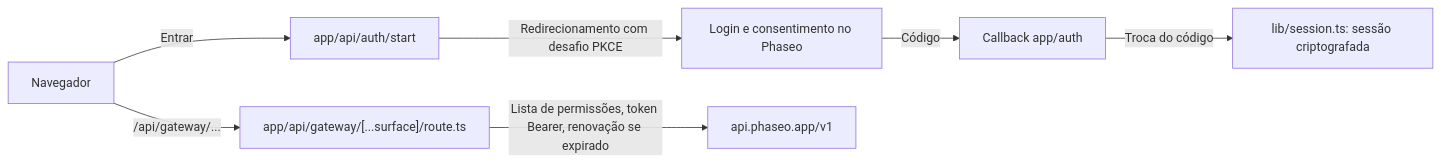
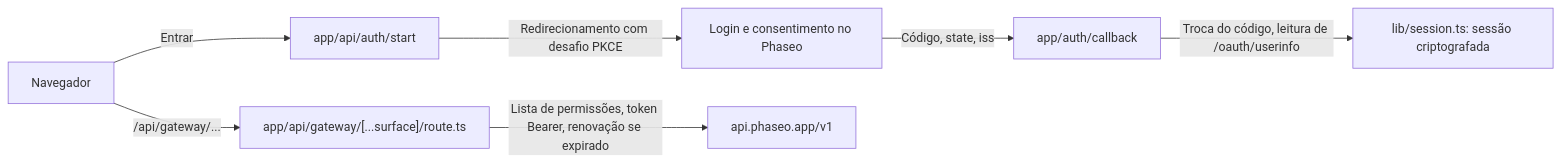
The diagram in apps/docs/pt-BR/v1/cookbook/build-an-oauth-nextjs-workbench.mdx (phaseoteam/Phaseo), drawn with Mermaid before and after one commit. The commit also changed other lines of this file and 9 other files, not shown here.

````diff
--- a/apps/docs/pt-BR/v1/cookbook/build-an-oauth-nextjs-workbench.mdx
+++ b/apps/docs/pt-BR/v1/cookbook/build-an-oauth-nextjs-workbench.mdx
@@ -45,9 +45,9 @@
 ```mermaid
 flowchart LR
   browser["Navegador"] -->|"Entrar"| start["app/api/auth/start"]
   start -->|"Redirecionamento com desafio PKCE"| authz["Login e consentimento no Phaseo"]
-  authz -->|"Código"| cb["Callback app/auth"]
-  cb -->|"Troca do código"| sess["lib/session.ts: sessão criptografada"]
+  authz -->|"Código, state, iss"| cb["app/auth/callback"]
+  cb -->|"Troca do código, leitura de /oauth/userinfo"| sess["lib/session.ts: sessão criptografada"]
   browser -->|"/api/gateway/..."| proxy["app/api/gateway/[...surface]/route.ts"]
   proxy -->|"Lista de permissões, token Bearer, renovação se expirado"| gw["api.phaseo.app/v1"]
 ```
````
